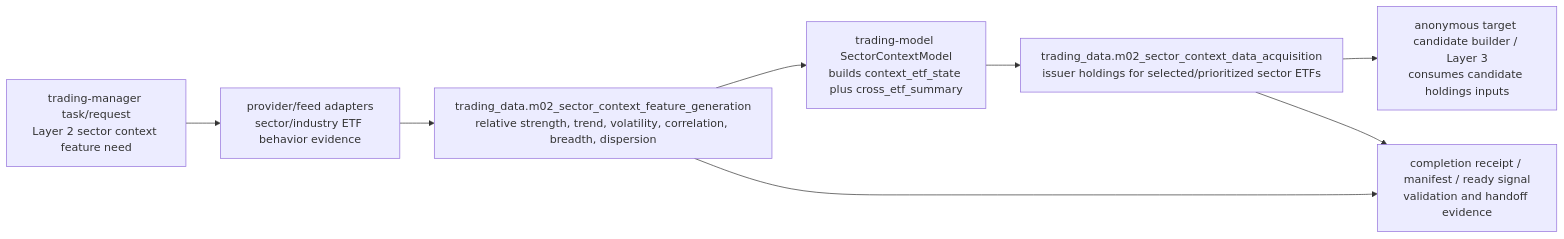
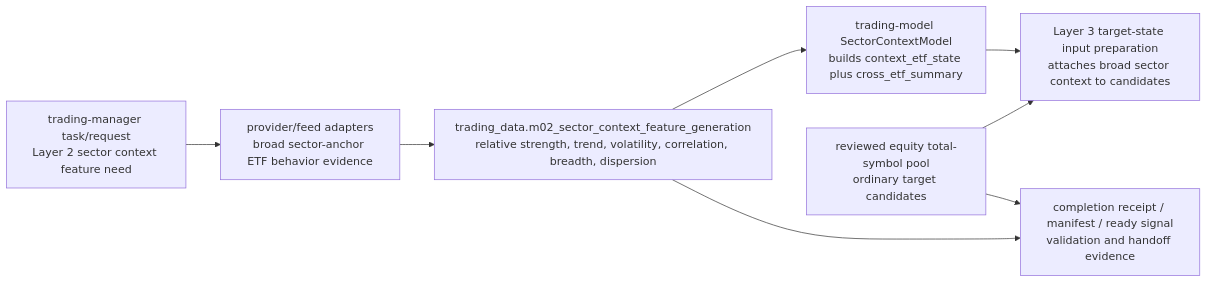
One commit to gilmore307/trading-data changed the diagram in docs/11_layer_02_sector_context.md. Above: the diagram before and after it, drawn with Mermaid. The commit also changed other lines of this file and 5 other files, not shown here.

Commit message:
Align Layer 2 sector anchor boundary

````diff
--- a/docs/11_layer_02_sector_context.md
+++ b/docs/11_layer_02_sector_context.md
@@ -37,14 +37,15 @@
 ```mermaid
 flowchart LR
     request["trading-manager task/request<br/>Layer 2 sector context feature need"]
-    feeds["provider/feed adapters<br/>sector/industry ETF behavior evidence"]
+    feeds["provider/feed adapters<br/>broad sector-anchor ETF behavior evidence"]
     feature["trading_data.m02_sector_context_feature_generation<br/>relative strength, trend, volatility, correlation, breadth, dispersion"]
     model["trading-model SectorContextModel<br/>builds context_etf_state plus cross_etf_summary"]
-    candidates["trading_data.m02_sector_context_data_acquisition<br/>issuer holdings for selected/prioritized sector ETFs"]
-    downstream["anonymous target candidate builder / Layer 3<br/>consumes candidate holdings inputs"]
+    candidates["reviewed equity total-symbol pool<br/>ordinary target candidates"]
+    downstream["Layer 3 target-state input preparation<br/>attaches broad sector context to candidates"]
     receipt["completion receipt / manifest / ready signal<br/>validation and handoff evidence"]
 
-    request --> feeds --> feature --> model --> candidates --> downstream
+    request --> feeds --> feature --> model --> downstream
+    candidates --> downstream
     feature --> receipt
     candidates --> receipt
 ```
````
